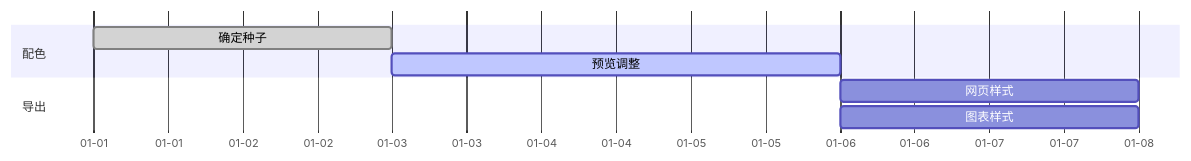
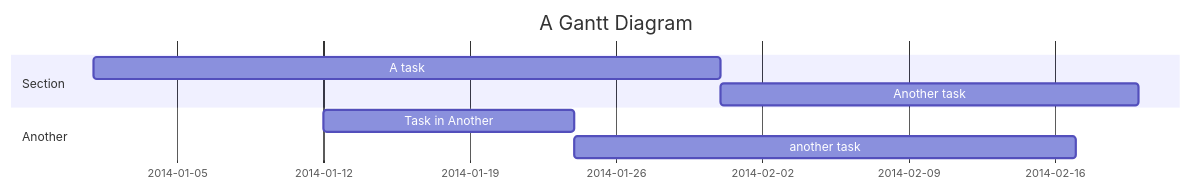
One commit to sj-shijin/hp-rspress changed the sixth of 32 diagrams in site/projects/cinderfolio/pele/index.mdx. Above: the diagram before and after it, drawn with Mermaid. The commit also changed other lines of this file, not shown here.

First line of the commit message:
docs(cinderfolio): 补齐 Pele 官方图表示例与显示职责

````diff
--- a/site/projects/cinderfolio/pele/index.mdx
+++ b/site/projects/cinderfolio/pele/index.mdx
@@ -86,11 +162,12 @@
 ```mermaid
 gantt
-  dateFormat YYYY-MM-DD
-  axisFormat %m-%d
-  section 配色
-    确定种子 :done, seeds, 2026-01-01, 2d
-    预览调整 :active, preview, after seeds, 3d
-  section 导出
-    网页样式 :web, after preview, 2d
-    图表样式 :diagram, after preview, 2d
+    title A Gantt Diagram
+    %% This is a comment
+    dateFormat YYYY-MM-DD
+    section Section
+        A task          :a1, 2014-01-01, 30d
+        Another task    :after a1, 20d
+    section Another
+        Task in Another :2014-01-12, 12d
+        another task    :24d
 ```
````
